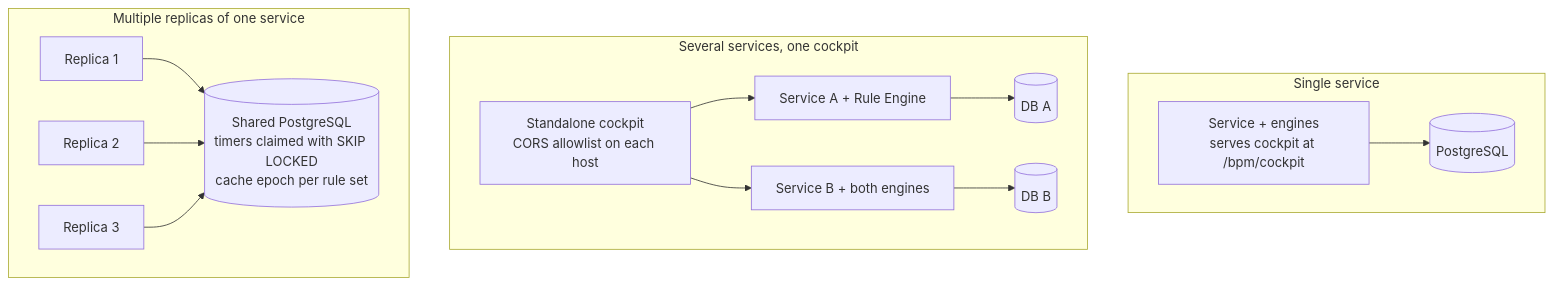
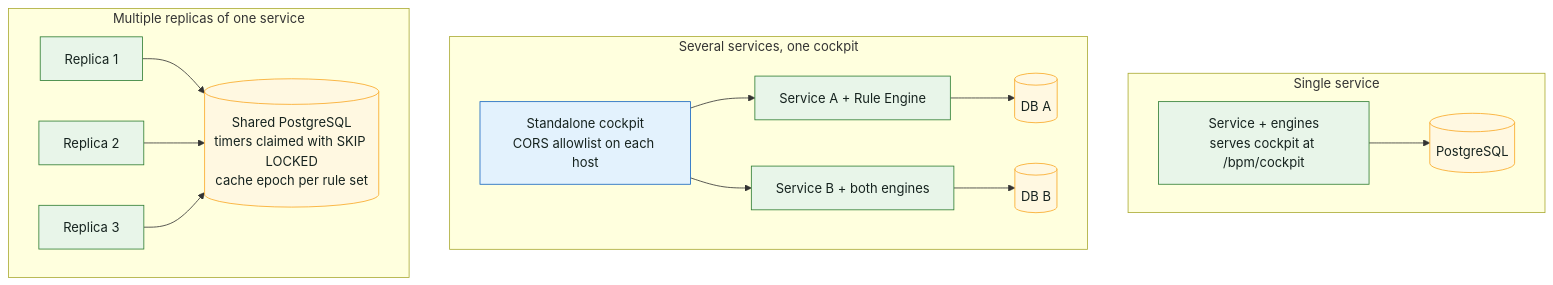
One commit to dhluong90/horus-Agentic-BPM changed the diagram in wiki/diagrams/deployment-shapes.mmd. Above: the diagram before and after it, drawn with Mermaid. The commit also changed 99 other files, not shown here.

First line of the commit message:
docs(wiki): shared diagram palette, 4-zone views, cockpit diagrams and evaluator pages

```diff
--- a/wiki/diagrams/deployment-shapes.mmd
+++ b/wiki/diagrams/deployment-shapes.mmd
@@ -1,18 +1,28 @@
 flowchart TB
   subgraph One["Single service"]
     direction LR
-    S1["Service + engines\nserves cockpit at /bpm/cockpit"] --> D1[("PostgreSQL")]
+    S1["Service + engines<br/>serves cockpit at /bpm/cockpit"] --> D1[("PostgreSQL")]
   end
   subgraph Many["Several services, one cockpit"]
     direction LR
-    C2["Standalone cockpit\nCORS allowlist on each host"] --> S2a["Service A + Rule Engine"]
+    C2["Standalone cockpit<br/>CORS allowlist on each host"] --> S2a["Service A + Rule Engine"]
     C2 --> S2b["Service B + both engines"]
     S2a --> D2a[("DB A")]
     S2b --> D2b[("DB B")]
   end
   subgraph Replicas["Multiple replicas of one service"]
     direction LR
-    R1["Replica 1"] --> D3[("Shared PostgreSQL\ntimers claimed with SKIP LOCKED\ncache epoch per rule set")]
+    R1["Replica 1"] --> D3[("Shared PostgreSQL<br/>timers claimed with SKIP LOCKED<br/>cache epoch per rule set")]
     R2["Replica 2"] --> D3
     R3["Replica 3"] --> D3
   end
+
+  classDef client fill:#E3F2FD,stroke:#1565C0,color:#16231F
+  classDef host fill:#E8F5E9,stroke:#2E7D32,color:#16231F
+  classDef engine fill:#E0F2F1,stroke:#00796B,stroke-width:2px,color:#16231F
+  classDef db fill:#FFF8E1,stroke:#F9A825,color:#16231F
+  classDef external fill:#F3E5F5,stroke:#6A1B9A,color:#16231F
+  classDef obs fill:#ECEFF1,stroke:#546E7A,color:#16231F
+  class C2 client
+  class S1,S2a,S2b,R1,R2,R3 host
+  class D1,D2a,D2b,D3 db
```
